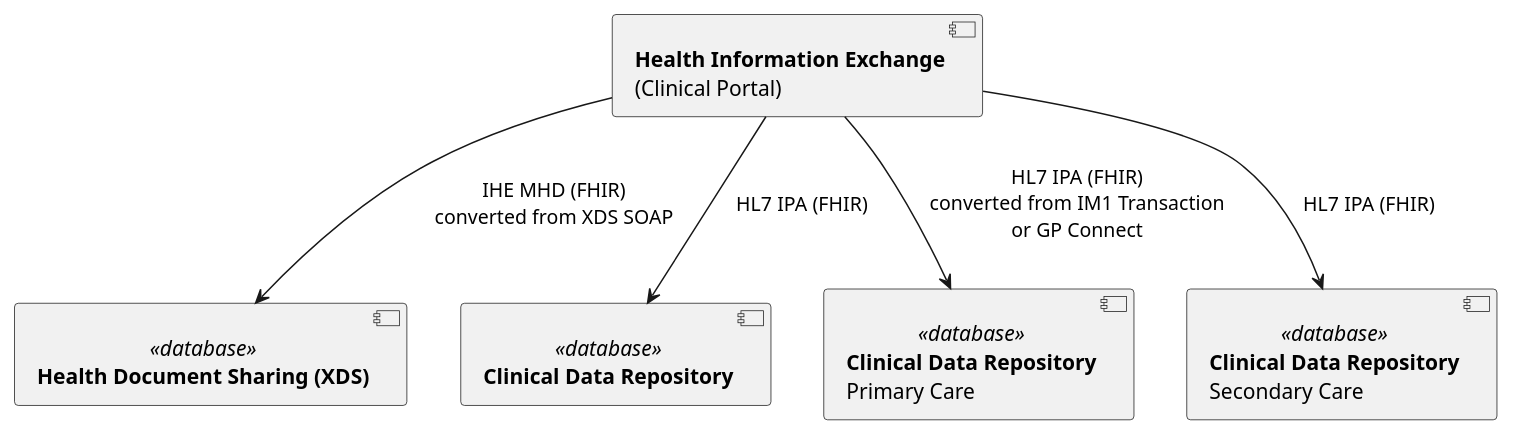
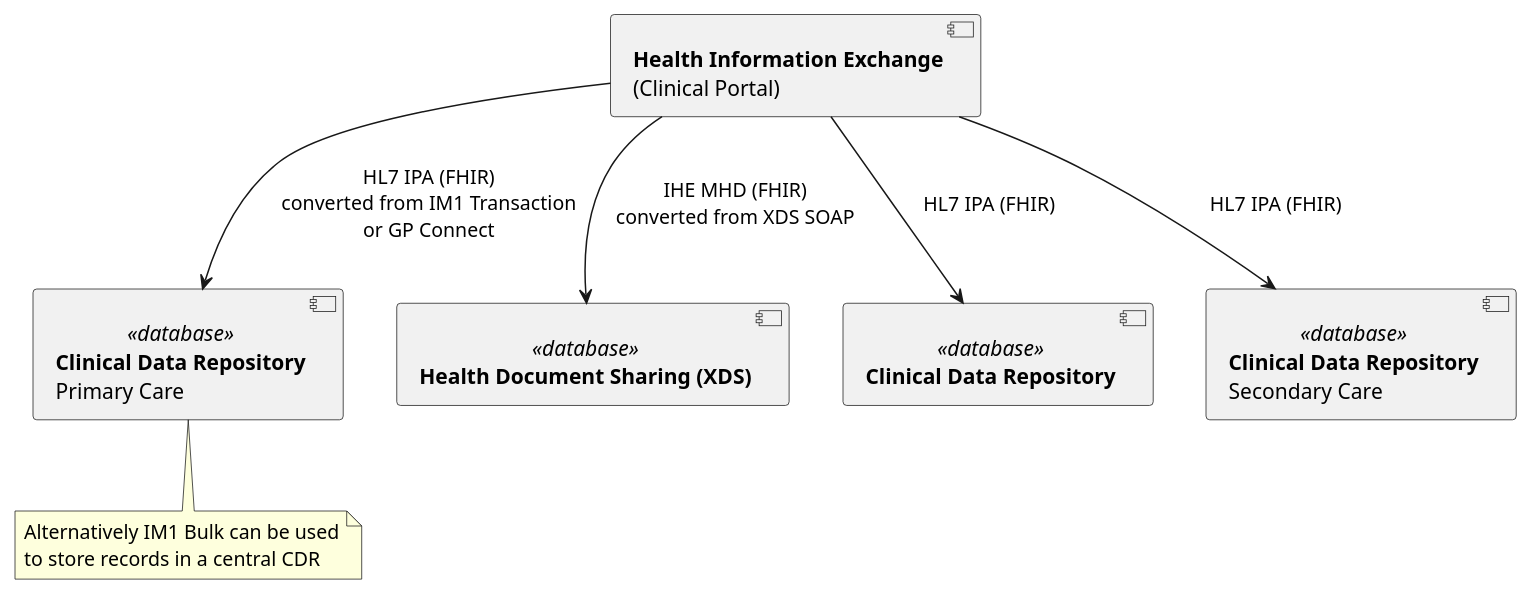
One commit to Virtually-Healthcare/virtually-healthcare.github.com changed the diagram in input/images-source/component-health-information-exchange.plantuml. Above: the diagram before and after it, drawn with PlantUML.

Commit message:
Overview of PCC + Health Data

```diff
--- a/input/images-source/component-health-information-exchange.plantuml
+++ b/input/images-source/component-health-information-exchange.plantuml
@@ -2,16 +2,23 @@
-@startuml
+  @startuml
 
-skinparam svgDimensionStyle false
+    skinparam svgDimensionStyle false
 
-component "**Health Information Exchange**\n(Clinical Portal)" as hie
+    component "**Health Information Exchange**\n(Clinical Portal)" as hie
 
-component "**Health Document Sharing (XDS)**" as xds <<database>>
-component "**Clinical Data Repository**" as cdr <<database>>
-component "**Clinical Data Repository**\nPrimary Care" as emis <<database>>
-component "**Clinical Data Repository**\nSecondary Care" as trust <<database>>
+    component "**Health Document Sharing (XDS)**" as xds <<database>>
+    component "**Clinical Data Repository**" as cdr <<database>>
+    component "**Clinical Data Repository**\nPrimary Care" as emis <<database>>
+    component "**Clinical Data Repository**\nSecondary Care" as trust <<database>>
 
-hie --> cdr: HL7 IPA (FHIR)
-hie --> trust: HL7 IPA (FHIR)
-hie --> xds: IHE MHD (FHIR)\nconverted from XDS SOAP
-hie --> emis : HL7 IPA (FHIR)\nconverted from IM1 Transaction\nor GP Connect
-@enduml
+    hie --> cdr: HL7 IPA (FHIR)
+    hie --> trust: HL7 IPA (FHIR)
+    hie --> xds: IHE MHD (FHIR)\nconverted from XDS SOAP
+    hie --> emis : HL7 IPA (FHIR)\nconverted from IM1 Transaction\nor GP Connect
+
+    note as bulk
+      Alternatively IM1 Bulk can be used
+      to store records in a central CDR
+    end note
+
+    bulk .u. emis
+  @enduml
```
